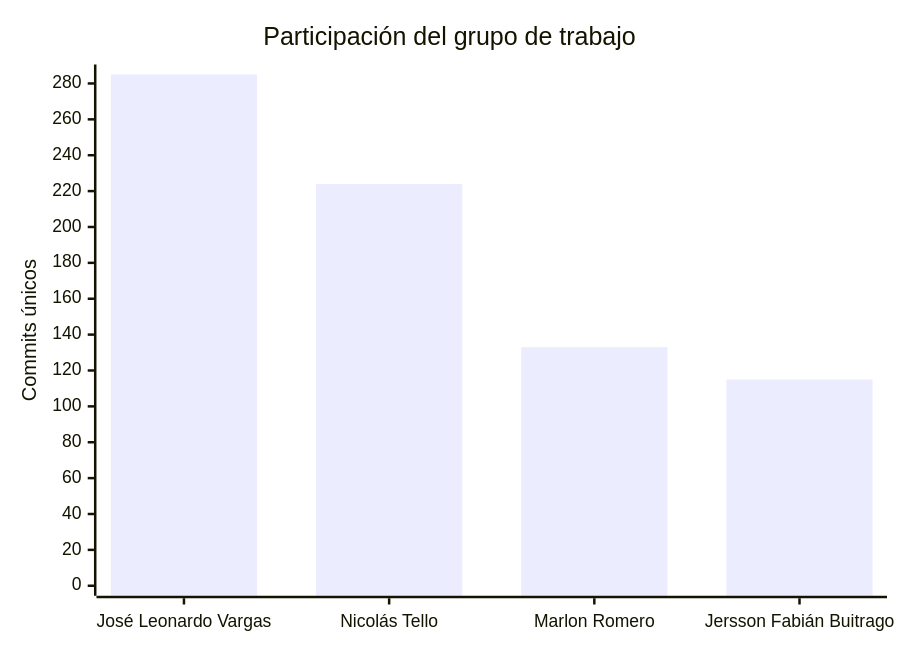
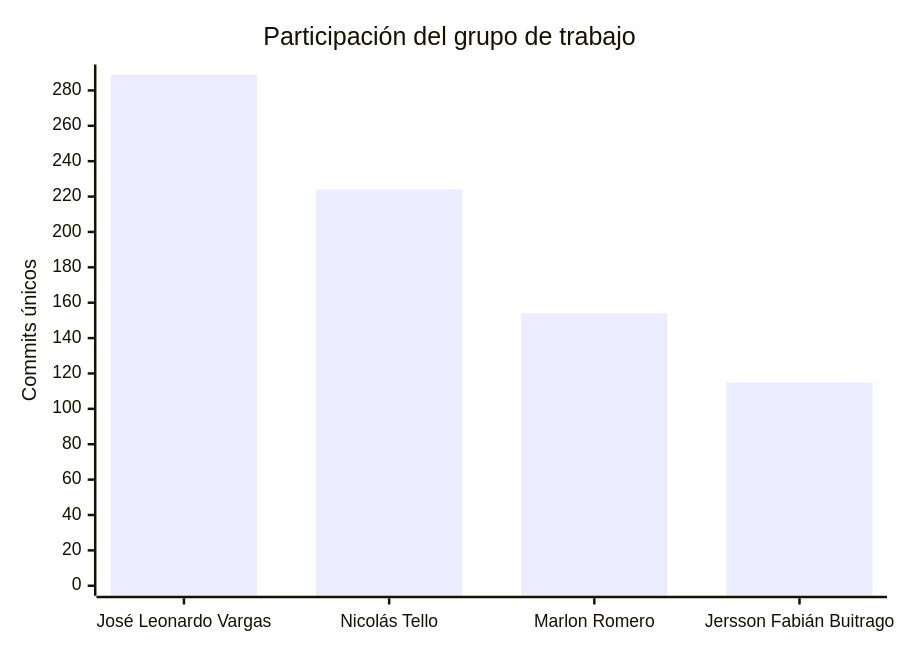
Before and after one commit to FarmaExpres/FarmaExpres: the second of 2 diagrams in README.md, drawn with Mermaid. The commit also changed other lines of this file and 1 other file, not shown here.

````diff
--- a/README.md
+++ b/README.md
@@ -403,7 +403,7 @@
 ```mermaid
 xychart-beta
     title "Participación del grupo de trabajo"
     x-axis ["José Leonardo Vargas", "Nicolás Tello", "Marlon Romero", "Jersson Fabián Buitrago"]
-    y-axis "Commits únicos" 0 --> 285
-    bar [285, 224, 133, 115]
+    y-axis "Commits únicos" 0 --> 289
+    bar [289, 224, 154, 115]
 ```
````
